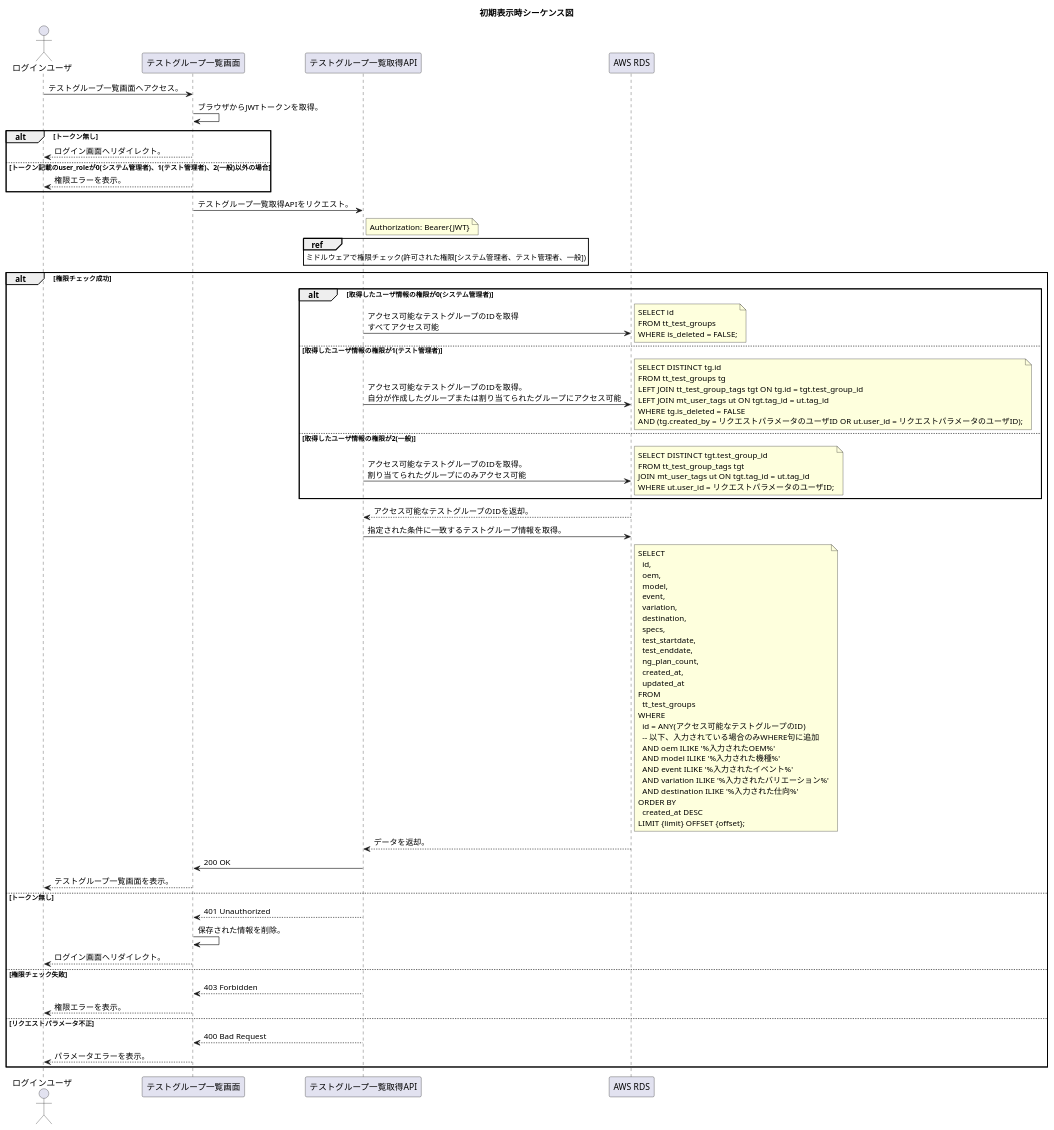
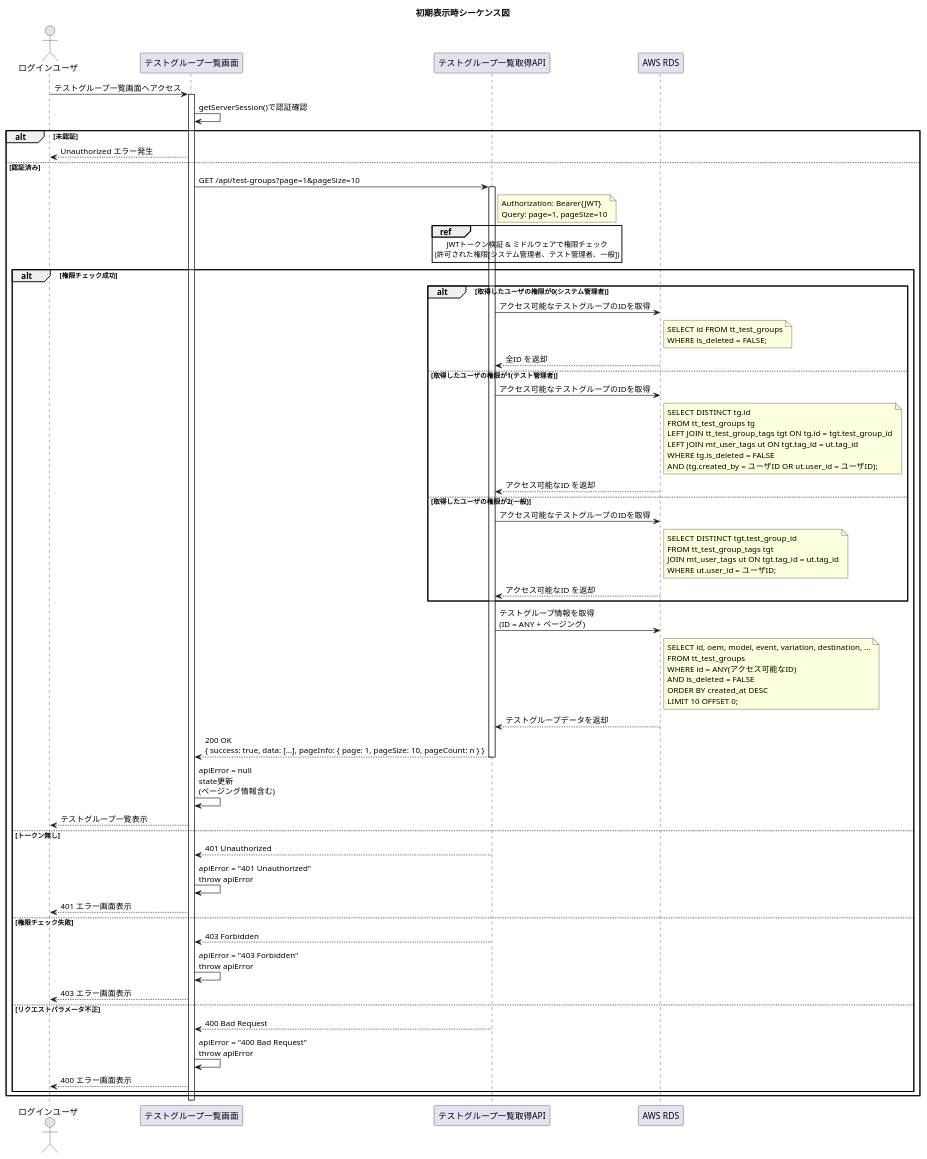
One commit to p1crin/sample-Test changed the diagram in docs/Documents/PlantUML/TestGroup/テストグループ一覧画面_初期表示時.puml. Above: the diagram before and after it, drawn with PlantUML. The commit also changed 28 other files, not shown here.

Commit message:
PlantUMLファイルを更新し、各シーケンス図のタイトルを日本語に変更

```diff
--- a/docs/Documents/PlantUML/TestGroup/テストグループ一覧画面_初期表示時.puml
+++ b/docs/Documents/PlantUML/TestGroup/テストグループ一覧画面_初期表示時.puml
@@ -1,102 +1,98 @@
-@startuml
+@startuml テストグループ一覧_初期表示時
 scale max 3000 height
 title 初期表示時シーケンス図
-actor ログインユーザ as User
-participant "テストグループ一覧画面" as TestGroup
+actor "ログインユーザ" as User
+participant "テストグループ一覧画面" as Screen
 participant "テストグループ一覧取得API" as TestGroupApi
 participant "AWS RDS" as Rds
 
-User -> TestGroup: テストグループ一覧画面へアクセス。
-TestGroup -> TestGroup: ブラウザからJWTトークンを取得。
+User -> Screen: テストグループ一覧画面へアクセス
+activate Screen
 
-alt トークン無し
-  TestGroup --> User: ログイン画面へリダイレクト。
-else トークン記載のuser_roleが0(システム管理者)、1(テスト管理者)、2(一般)以外の場合
-  TestGroup --> User: 権限エラーを表示。
-end
-TestGroup -> TestGroupApi: テストグループ一覧取得APIをリクエスト。
-note right TestGroupApi
-  Authorization: Bearer{JWT}
-end note
-
-ref over TestGroupApi
-  ミドルウェアで権限チェック(許可された権限[システム管理者、テスト管理者、一般])
-end ref
-
-alt 権限チェック成功
-  alt 取得したユーザ情報の権限が0(システム管理者)
-  TestGroupApi -> Rds: アクセス可能なテストグループのIDを取得\nすべてアクセス可能
-    note right
-      SELECT id 
-      FROM tt_test_groups 
-      WHERE is_deleted = FALSE;
-    end note
-  else 取得したユーザ情報の権限が1(テスト管理者)
-  TestGroupApi -> Rds: アクセス可能なテストグループのIDを取得。\n自分が作成したグループまたは割り当てられたグループにアクセス可能
-    note right
-      SELECT DISTINCT tg.id
-      FROM tt_test_groups tg
-      LEFT JOIN tt_test_group_tags tgt ON tg.id = tgt.test_group_id
-      LEFT JOIN mt_user_tags ut ON tgt.tag_id = ut.tag_id
-      WHERE tg.is_deleted = FALSE
-      AND (tg.created_by = リクエストパラメータのユーザID OR ut.user_id = リクエストパラメータのユーザID);
-    end note
-  else 取得したユーザ情報の権限が2(一般)
-  TestGroupApi -> Rds: アクセス可能なテストグループのIDを取得。\n割り当てられたグループにのみアクセス可能
-    note right
-      SELECT DISTINCT tgt.test_group_id
-      FROM tt_test_group_tags tgt
-      JOIN mt_user_tags ut ON tgt.tag_id = ut.tag_id
-      WHERE ut.user_id = リクエストパラメータのユーザID;
-    end note
-  end
-
-  Rds --> TestGroupApi: アクセス可能なテストグループのIDを返却。
-
-    TestGroupApi -> Rds: 指定された条件に一致するテストグループ情報を取得。
-
-    note right Rds
-      SELECT
-        id,
-        oem,
-        model,
-        event,
-        variation,
-        destination,
-        specs,
-        test_startdate,
-        test_enddate,
-        ng_plan_count,
-        created_at,
-        updated_at
-      FROM
-        tt_test_groups
-      WHERE
-        id = ANY(アクセス可能なテストグループのID)
-        -- 以下、入力されている場合のみWHERE句に追加
-        AND oem ILIKE '%入力されたOEM%'
-        AND model ILIKE '%入力された機種%'
-        AND event ILIKE '%入力されたイベント%'
-        AND variation ILIKE '%入力されたバリエーション%'
-        AND destination ILIKE '%入力された仕向%'
-      ORDER BY
-        created_at DESC
-      LIMIT {limit} OFFSET {offset};
+Screen -> Screen: getServerSession()で認証確認
+alt 未認証
+    Screen --> User: Unauthorized エラー発生
+else 認証済み
+    Screen -> TestGroupApi: GET /api/test-groups?page=1&pageSize=10
+    activate TestGroupApi
+    note right TestGroupApi
+      Authorization: Bearer{JWT}
+      Query: page=1, pageSize=10
     end note
 
-    Rds --> TestGroupApi: データを返却。
-    TestGroupApi -> TestGroup: 200 OK
-    TestGroup --> User: テストグループ一覧画面を表示。
+    ref over TestGroupApi
+      JWTトークン検証 & ミドルウェアで権限チェック
+      (許可された権限[システム管理者、テスト管理者、一般])
+    end ref
 
-else トークン無し
-  TestGroupApi --> TestGroup: 401 Unauthorized
-  TestGroup -> TestGroup: 保存された情報を削除。
-  TestGroup --> User: ログイン画面へリダイレクト。
-else 権限チェック失敗
-  TestGroupApi --> TestGroup: 403 Forbidden
-  TestGroup --> User: 権限エラーを表示。
-else リクエストパラメータ不正
-  TestGroupApi --> TestGroup: 400 Bad Request
-  TestGroup --> User: パラメータエラーを表示。
+    alt 権限チェック成功
+      alt 取得したユーザの権限が0(システム管理者)
+        TestGroupApi -> Rds: アクセス可能なテストグループのIDを取得
+        note right Rds
+          SELECT id FROM tt_test_groups
+          WHERE is_deleted = FALSE;
+        end note
+        Rds --> TestGroupApi: 全ID を返却
+
+      else 取得したユーザの権限が1(テスト管理者)
+        TestGroupApi -> Rds: アクセス可能なテストグループのIDを取得
+        note right Rds
+          SELECT DISTINCT tg.id
+          FROM tt_test_groups tg
+          LEFT JOIN tt_test_group_tags tgt ON tg.id = tgt.test_group_id
+          LEFT JOIN mt_user_tags ut ON tgt.tag_id = ut.tag_id
+          WHERE tg.is_deleted = FALSE
+          AND (tg.created_by = ユーザID OR ut.user_id = ユーザID);
+        end note
+        Rds --> TestGroupApi: アクセス可能なID を返却
+
+      else 取得したユーザの権限が2(一般)
+        TestGroupApi -> Rds: アクセス可能なテストグループのIDを取得
+        note right Rds
+          SELECT DISTINCT tgt.test_group_id
+          FROM tt_test_group_tags tgt
+          JOIN mt_user_tags ut ON tgt.tag_id = ut.tag_id
+          WHERE ut.user_id = ユーザID;
+        end note
+        Rds --> TestGroupApi: アクセス可能なID を返却
+      end
+
+      TestGroupApi -> Rds: テストグループ情報を取得\n(ID = ANY + ページング)
+      note right Rds
+        SELECT id, oem, model, event, variation, destination, ...
+        FROM tt_test_groups
+        WHERE id = ANY(アクセス可能なID)
+        AND is_deleted = FALSE
+        ORDER BY created_at DESC
+        LIMIT 10 OFFSET 0;
+      end note
+
+      Rds --> TestGroupApi: テストグループデータを返却
+      TestGroupApi --> Screen: 200 OK\n{ success: true, data: [...], pageInfo: { page: 1, pageSize: 10, pageCount: n } }
+      deactivate TestGroupApi
+
+      Screen -> Screen: apiError = null\nstate更新\n(ページング情報含む)
+      Screen --> User: テストグループ一覧表示
+
+    else トークン無し
+      TestGroupApi --> Screen: 401 Unauthorized
+      deactivate TestGroupApi
+      Screen -> Screen: apiError = "401 Unauthorized"\nthrow apiError
+      Screen --> User: 401 エラー画面表示
+
+    else 権限チェック失敗
+      TestGroupApi --> Screen: 403 Forbidden
+      deactivate TestGroupApi
+      Screen -> Screen: apiError = "403 Forbidden"\nthrow apiError
+      Screen --> User: 403 エラー画面表示
+
+    else リクエストパラメータ不正
+      TestGroupApi --> Screen: 400 Bad Request
+      deactivate TestGroupApi
+      Screen -> Screen: apiError = "400 Bad Request"\nthrow apiError
+      Screen --> User: 400 エラー画面表示
+    end
 end
+
+deactivate Screen
 @enduml
```
